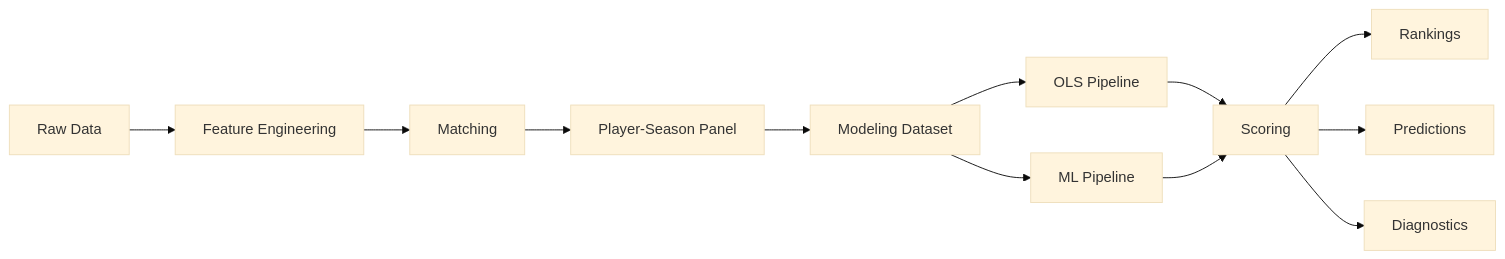
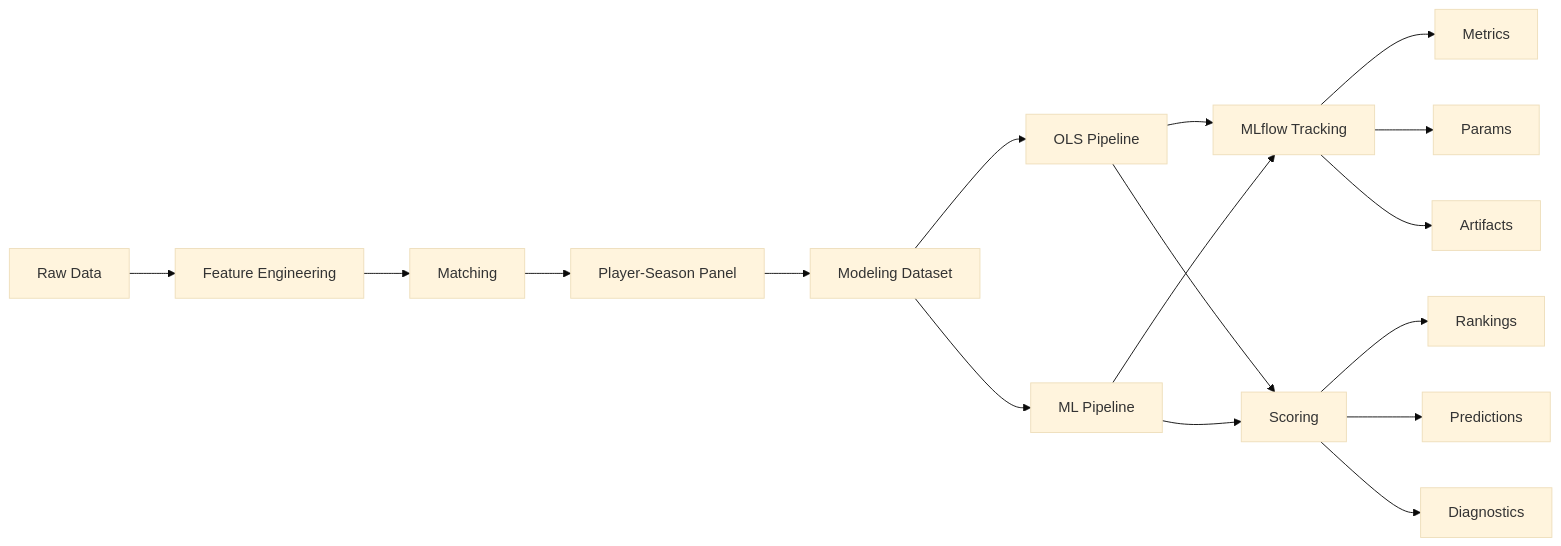
One commit to manuelpeba/market-value-football-tfm changed the second of 2 diagrams in docs/architecture.md. Above: the diagram before and after it, drawn with Mermaid (base theme). The commit also changed other lines of this file and 23 other files, not shown here.

First line of the commit message:
feat: add MLflow experiment tracking and centralized configuration

````diff
--- a/docs/architecture.md
+++ b/docs/architecture.md
@@ -900,22 +1370,29 @@
 ```mermaid
 flowchart LR
 
 A[Raw Data] --> B[Feature Engineering]
 
 B --> C[Matching]
 
 C --> D[Player-Season Panel]
 
 D --> E[Modeling Dataset]
 
 E --> F[OLS Pipeline]
 
 E --> G[ML Pipeline]
 
-F --> H[Scoring]
+F --> H[MLflow Tracking]
 G --> H
 
-H --> I[Rankings]
-H --> J[Predictions]
-H --> K[Diagnostics]
+F --> I[Scoring]
+G --> I
+
+I --> J[Rankings]
+I --> K[Predictions]
+I --> L[Diagnostics]
+
+H --> M[Metrics]
+H --> N[Params]
+H --> O[Artifacts]
 ```
````
